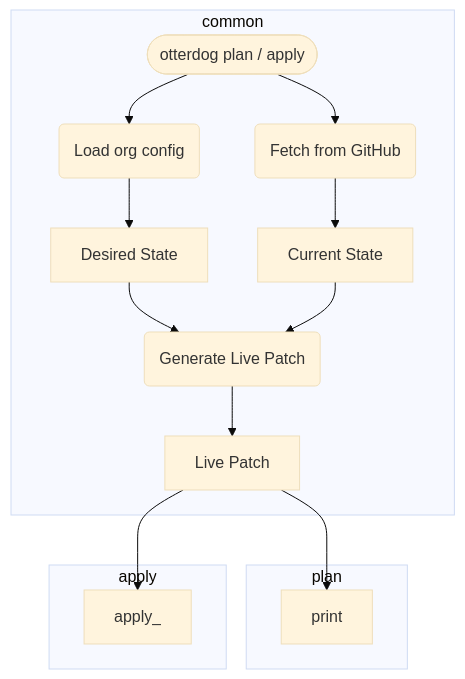
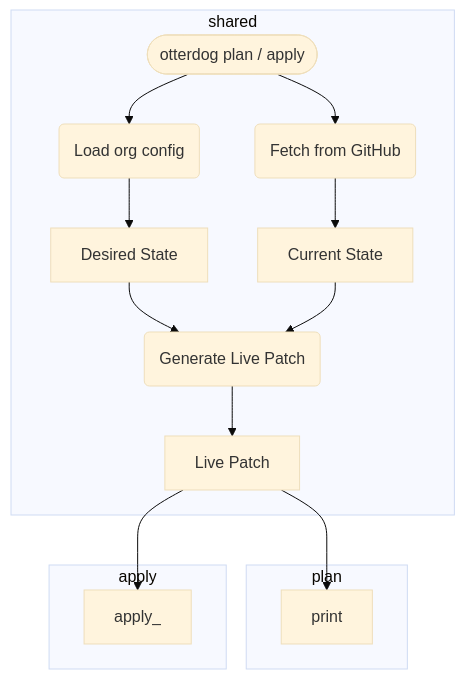
One commit to eclipse-csi/otterdog changed the diagram in docs/contributing/plan-apply.md. Above: the diagram before and after it, drawn with Mermaid (base theme). The commit also changed other lines of this file, not shown here.

````diff
--- a/docs/contributing/plan-apply.md
+++ b/docs/contributing/plan-apply.md
@@ -21,25 +21,25 @@
 ```mermaid
 flowchart TB
-subgraph common
+subgraph shared
     cli_apply([otterdog plan / apply])
 
     cli_apply --> load_config(Load org config)
     load_config --> desired_config[Desired State]
 
     cli_apply --> load_live(Fetch from GitHub)
     load_live --> current_state[Current State]
 
     desired_config --> live_gen(Generate Live Patch)
     current_state --> live_gen
 
     live_gen --> live_patch[Live Patch]
 end
 
 subgraph plan
   live_patch --> print
 end
 
 subgraph apply
   live_patch --> apply_
 end
 ```
````
